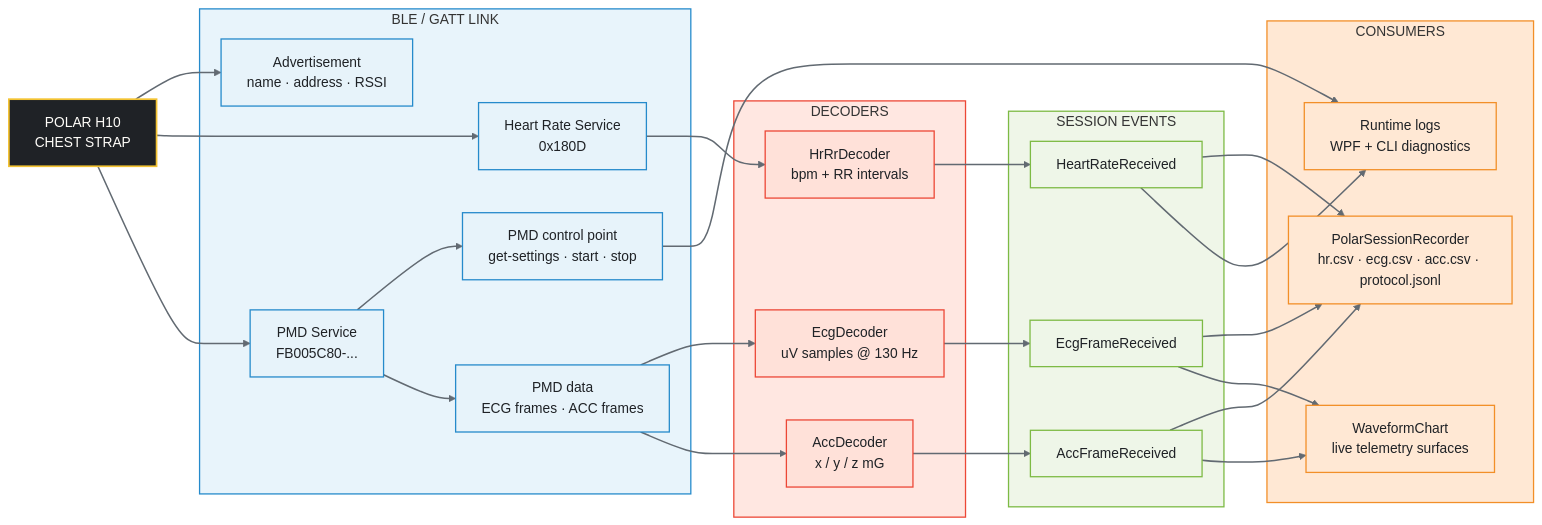
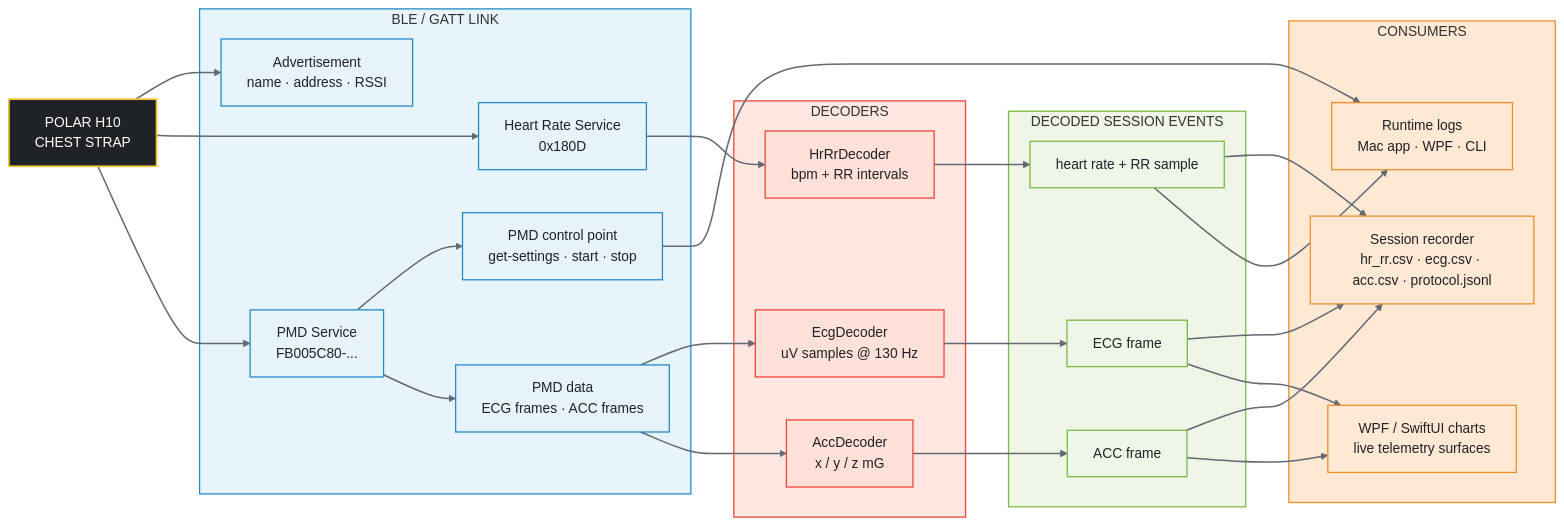
The diagram in docs/diagrams/data-flow.mmd (MesmerPrism/PolarH10), drawn with Mermaid before and after one commit. The commit also changed 38 other files, not shown here.

Commit message:
Add native macOS app and release

```diff
--- a/docs/diagrams/data-flow.mmd
+++ b/docs/diagrams/data-flow.mmd
@@ -1,65 +1,65 @@
 %% Live data path from the Polar H10 into runtime consumers.
 
 flowchart LR
     H10["POLAR H10<br/>CHEST STRAP"]
 
     subgraph Link["BLE / GATT LINK"]
         ADV["Advertisement<br/>name · address · RSSI"]
         HRS["Heart Rate Service<br/>0x180D"]
         PMD["PMD Service<br/>FB005C80-..."]
         CTRL["PMD control point<br/>get-settings · start · stop"]
         DATA["PMD data<br/>ECG frames · ACC frames"]
     end
 
     subgraph Decode["DECODERS"]
         DHR["HrRrDecoder<br/>bpm + RR intervals"]
         DECG["EcgDecoder<br/>uV samples @ 130 Hz"]
         DACC["AccDecoder<br/>x / y / z mG"]
     end
 
-    subgraph Session["SESSION EVENTS"]
-        SHR["HeartRateReceived"]
-        SECG["EcgFrameReceived"]
-        SACC["AccFrameReceived"]
+    subgraph Session["DECODED SESSION EVENTS"]
+        SHR["heart rate + RR sample"]
+        SECG["ECG frame"]
+        SACC["ACC frame"]
     end
 
     subgraph Output["CONSUMERS"]
-        REC["PolarSessionRecorder<br/>hr.csv · ecg.csv · acc.csv · protocol.jsonl"]
-        CHART["WaveformChart<br/>live telemetry surfaces"]
-        LOG["Runtime logs<br/>WPF + CLI diagnostics"]
+        REC["Session recorder<br/>hr_rr.csv · ecg.csv · acc.csv · protocol.jsonl"]
+        CHART["WPF / SwiftUI charts<br/>live telemetry surfaces"]
+        LOG["Runtime logs<br/>Mac app · WPF · CLI"]
     end
 
     H10 --> ADV
     H10 --> HRS
     H10 --> PMD
     PMD --> CTRL
     PMD --> DATA
 
     HRS --> DHR --> SHR
     DATA --> DECG --> SECG
     DATA --> DACC --> SACC
 
     SHR --> REC
     SECG --> REC
     SACC --> REC
     SHR --> LOG
     SECG --> CHART
     SACC --> CHART
     CTRL --> LOG
 
     style Link fill:#E8F4FB,stroke:#258ACB,stroke-width:1.5px;
     style Decode fill:#FFE7E1,stroke:#EC4736,stroke-width:1.5px;
     style Session fill:#EFF6E8,stroke:#7DBA44,stroke-width:1.5px;
     style Output fill:#FFE8D4,stroke:#F28F28,stroke-width:1.5px;
 
     classDef hardware fill:#1F2226,stroke:#F3C333,color:#FFFDF9,stroke-width:2px;
     classDef link fill:#E7F3FA,stroke:#258ACB,color:#1F2226,stroke-width:1.5px;
     classDef decode fill:#FFE1D9,stroke:#EC4736,color:#1F2226,stroke-width:1.5px;
     classDef session fill:#EEF6E8,stroke:#7DBA44,color:#1F2226,stroke-width:1.5px;
     classDef output fill:#FFE8D4,stroke:#F28F28,color:#1F2226,stroke-width:1.5px;
     class H10 hardware;
     class ADV,HRS,PMD,CTRL,DATA link;
     class DHR,DECG,DACC decode;
     class SHR,SECG,SACC session;
     class REC,CHART,LOG output;
     linkStyle default stroke:#626A72,stroke-width:1.8px;
```
